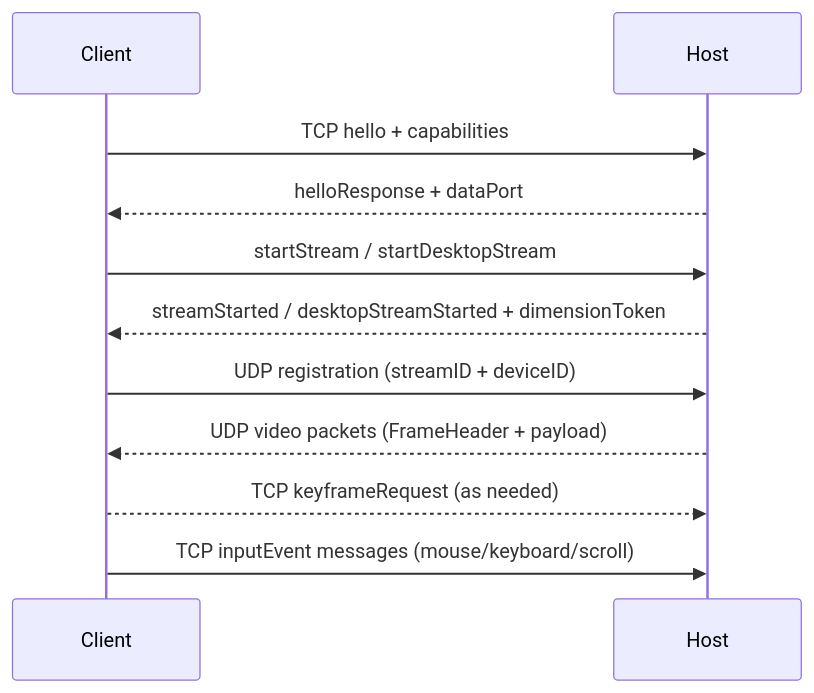
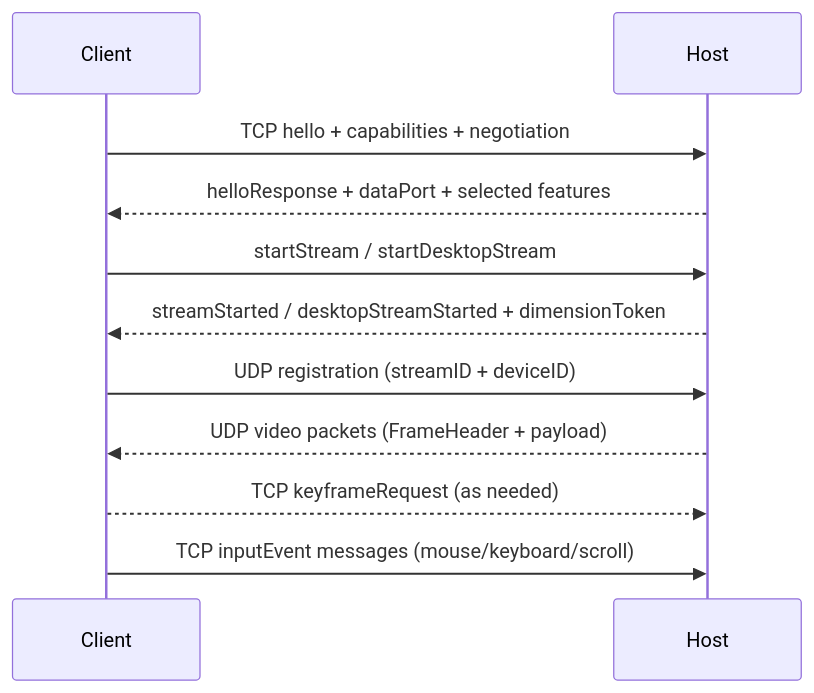
Before and after one commit to kllymx/MirageKit: the second of 4 diagrams in Architecture.md, drawn with Mermaid. The commit also changed other lines of this file and 19 other files, not shown here.

````diff
--- a/Architecture.md
+++ b/Architecture.md
@@ -53,13 +55,13 @@
 ```mermaid
 sequenceDiagram
     participant Client
     participant Host
-    Client->>Host: TCP hello + capabilities
-    Host-->>Client: helloResponse + dataPort
+    Client->>Host: TCP hello + capabilities + negotiation
+    Host-->>Client: helloResponse + dataPort + selected features
     Client->>Host: startStream / startDesktopStream
     Host-->>Client: streamStarted / desktopStreamStarted + dimensionToken
     Client->>Host: UDP registration (streamID + deviceID)
     Host-->>Client: UDP video packets (FrameHeader + payload)
     Client-->>Host: TCP keyframeRequest (as needed)
     Client->>Host: TCP inputEvent messages (mouse/keyboard/scroll)
 ```
````
